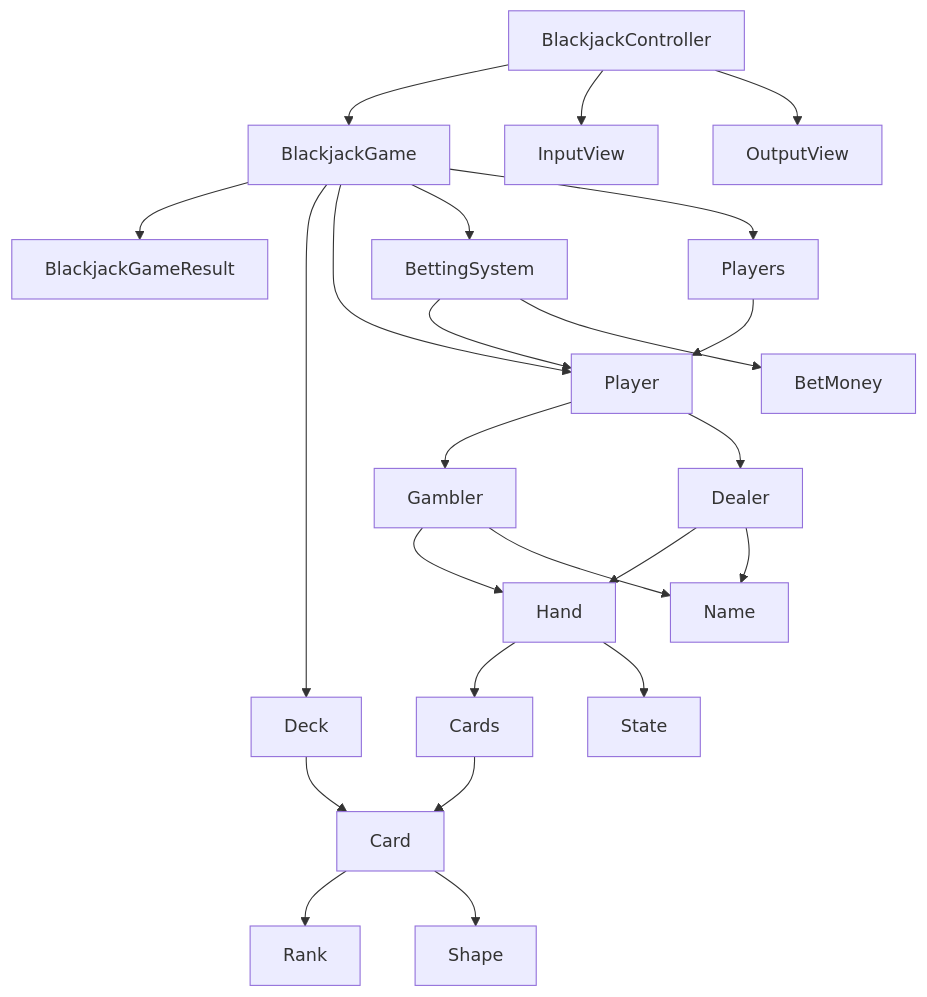
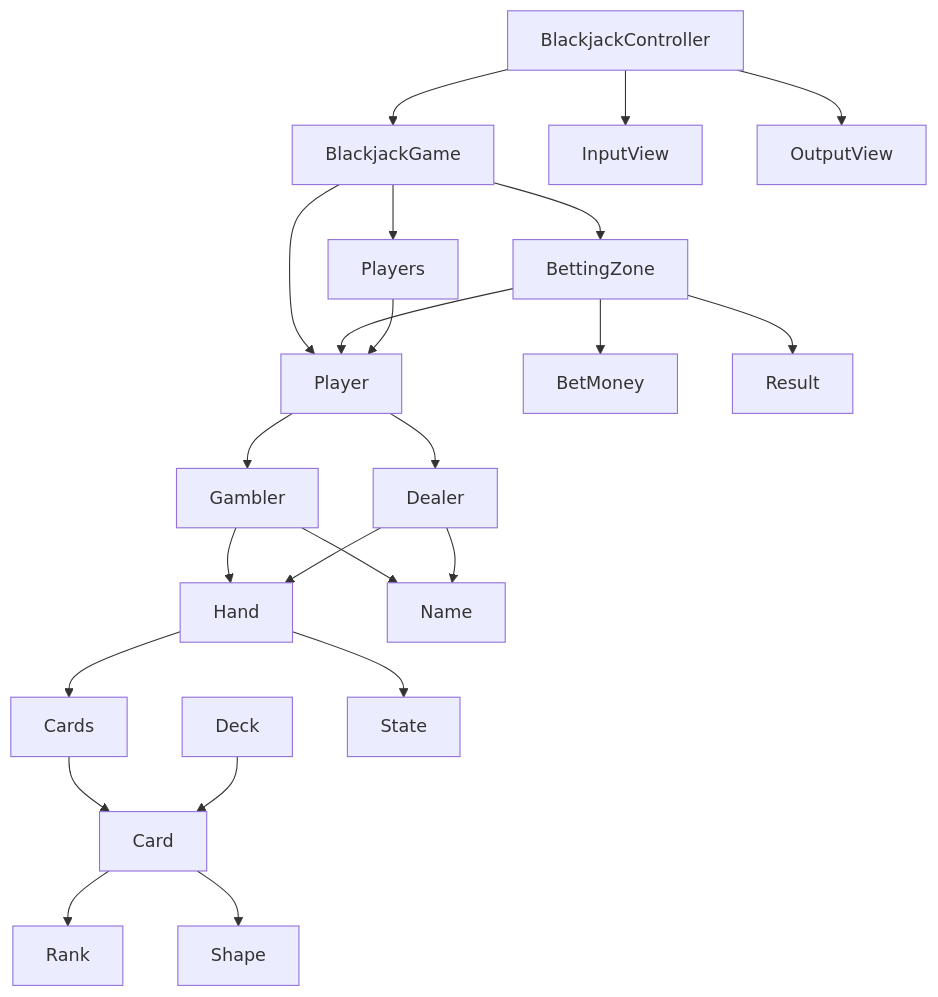
One commit to woowacourse/java-blackjack changed the diagram in README.md. Above: the diagram before and after it, drawn with Mermaid. The commit also changed other lines of this file, not shown here.

````diff
--- a/README.md
+++ b/README.md
@@ -11,34 +11,32 @@
 ```mermaid
 flowchart
     Card --> Rank
     Card --> Shape
 
     Cards --> Card
 
     Deck --> Card
 
-    BlackjackGame --> BlackjackGameResult
-    BlackjackGame --> Deck
+    BlackjackGame --> BettingZone
     BlackjackGame --> Player
-    BlackjackGame --> BettingSystem
 
-
-    BettingSystem --> Player
-    BettingSystem --> BetMoney
+    BettingZone --> Player
+    BettingZone --> BetMoney
+    BettingZone --> Result
 
     BlackjackController --> BlackjackGame
     BlackjackController --> InputView
     BlackjackController --> OutputView
 
     Players --> Player
     Player --> Gambler --> Hand
     Player --> Dealer --> Hand
 
     Hand --> Cards
     Hand --> State
 
     Gambler --> Name
     Dealer --> Name
 
     BlackjackGame --> Players
 ```
````
